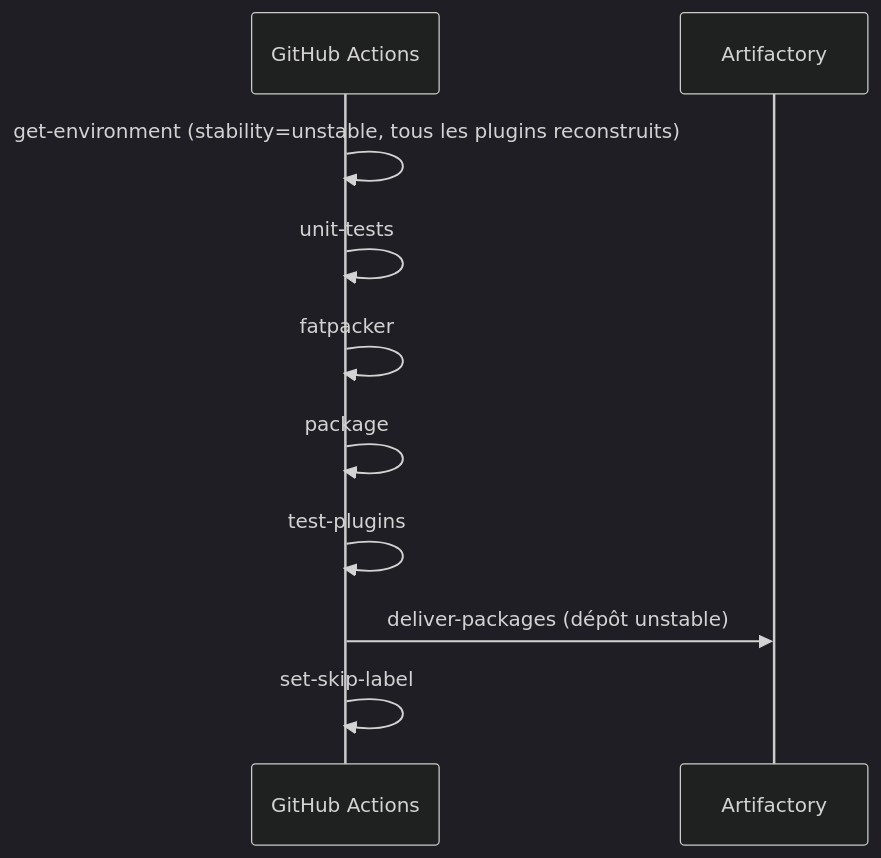
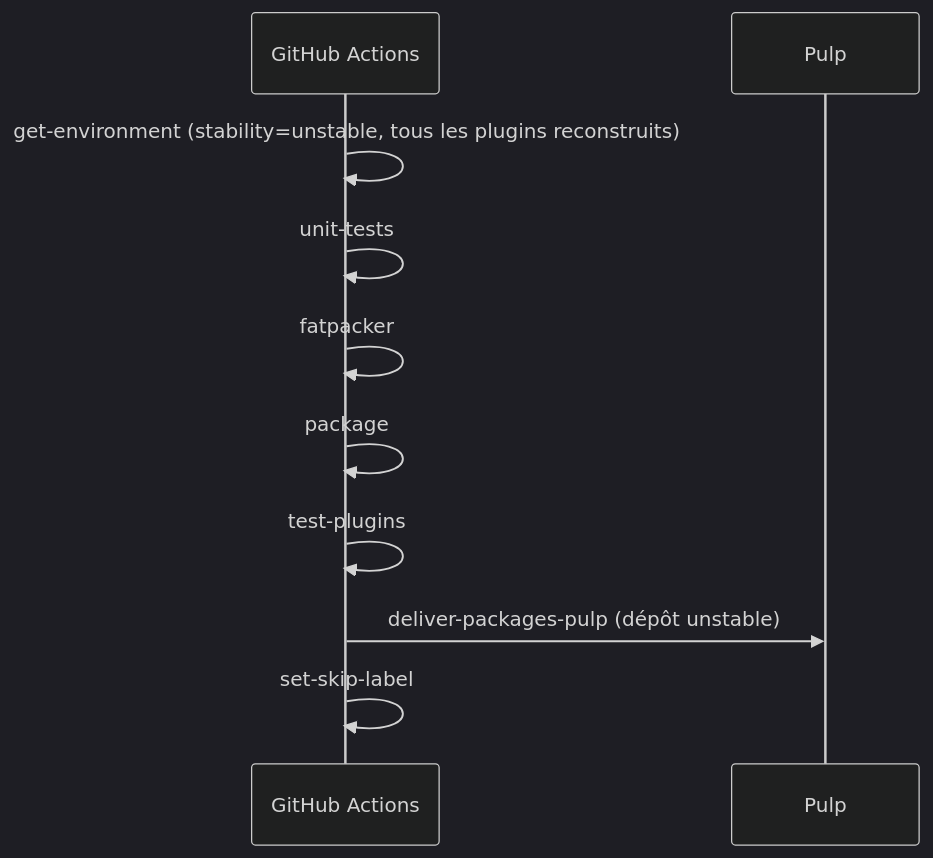
One commit to centreon/centreon-plugins changed the sixth of 7 diagrams in doc/fr/developer/plugins-ci.md. Above: the diagram before and after it, drawn with Mermaid (dark theme). The commit also changed other lines of this file and 21 other files, not shown here.

````diff
--- a/doc/fr/developer/plugins-ci.md
+++ b/doc/fr/developer/plugins-ci.md
@@ -365,13 +364,13 @@
 ```mermaid
 sequenceDiagram
     participant GH as GitHub Actions
-    participant ART as Artifactory
+    participant PULP as Pulp
 
     GH->>GH: get-environment (stability=unstable, tous les plugins reconstruits)
     GH->>GH: unit-tests
     GH->>GH: fatpacker
     GH->>GH: package
     GH->>GH: test-plugins
-    GH->>ART: deliver-packages (dépôt unstable)
+    GH->>PULP: deliver-packages-pulp (dépôt unstable)
     GH->>GH: set-skip-label
 ```
````
